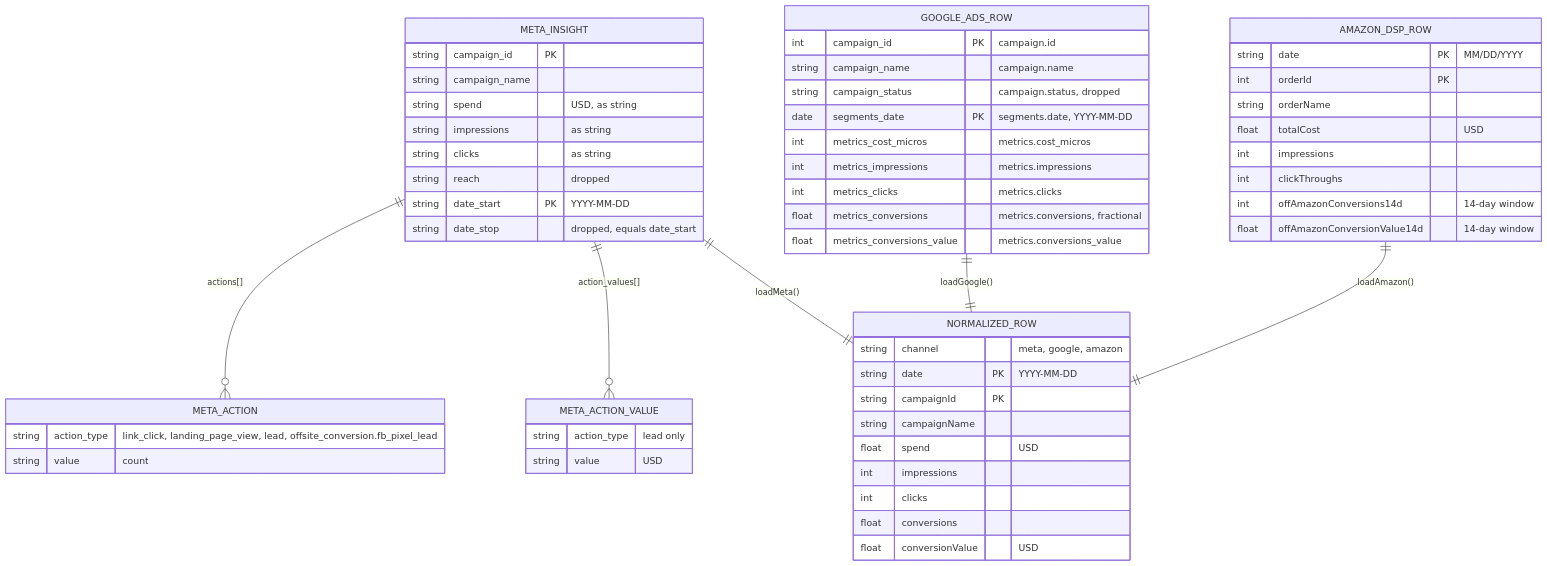
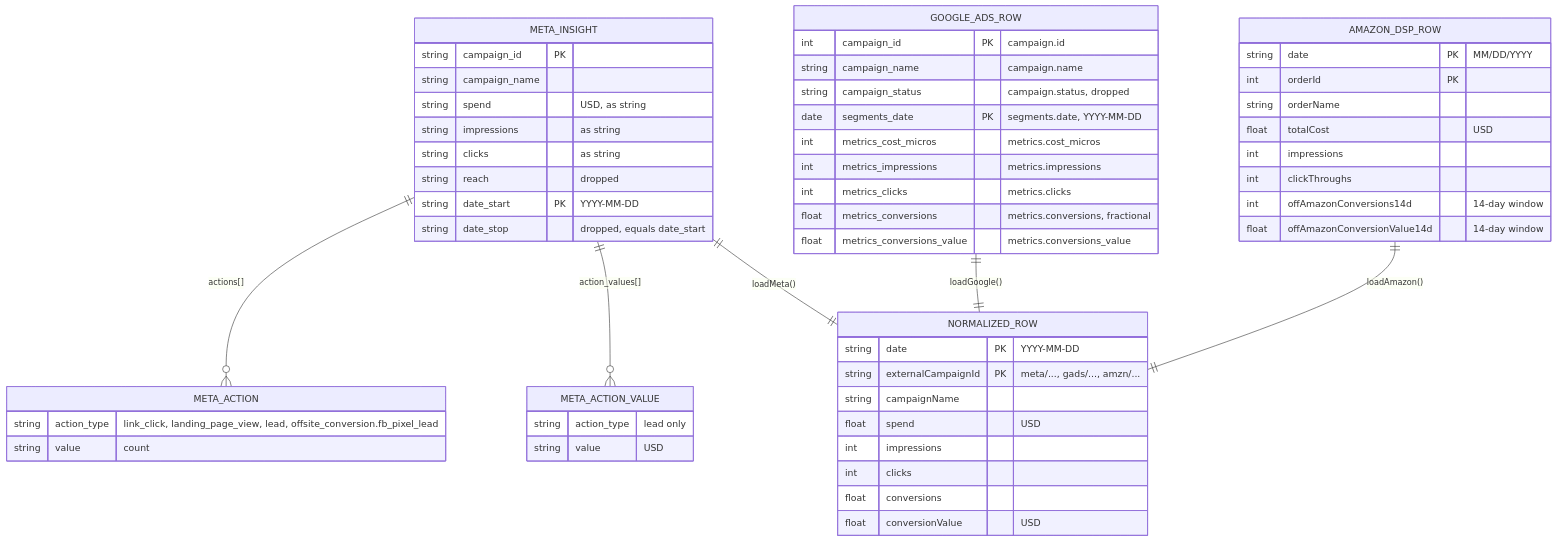
One commit to btmCustom/ADBOX-Dashboard-Product-Engineer-exercise changed the first of 4 diagrams in docs/data-model.md. Above: the diagram before and after it, drawn with Mermaid. The commit also changed other lines of this file and 13 other files, not shown here.

Commit message:
Fold channel into externalCampaignId ({shortChannel}/{id}); regenerate diagrams

````diff
--- a/docs/data-model.md
+++ b/docs/data-model.md
@@ -10,59 +14,58 @@
 ```mermaid
 erDiagram
     META_INSIGHT ||--o{ META_ACTION : "actions[]"
     META_INSIGHT ||--o{ META_ACTION_VALUE : "action_values[]"
     META_INSIGHT ||--|| NORMALIZED_ROW : "loadMeta()"
     GOOGLE_ADS_ROW ||--|| NORMALIZED_ROW : "loadGoogle()"
     AMAZON_DSP_ROW ||--|| NORMALIZED_ROW : "loadAmazon()"
 
     META_INSIGHT {
         string campaign_id PK
         string campaign_name
         string spend "USD, as string"
         string impressions "as string"
         string clicks "as string"
         string reach "dropped"
         string date_start PK "YYYY-MM-DD"
         string date_stop "dropped, equals date_start"
     }
     META_ACTION {
         string action_type "link_click, landing_page_view, lead, offsite_conversion.fb_pixel_lead"
         string value "count"
     }
     META_ACTION_VALUE {
         string action_type "lead only"
         string value "USD"
     }
     GOOGLE_ADS_ROW {
         int campaign_id PK "campaign.id"
         string campaign_name "campaign.name"
         string campaign_status "campaign.status, dropped"
         date segments_date PK "segments.date, YYYY-MM-DD"
         int metrics_cost_micros "metrics.cost_micros"
         int metrics_impressions "metrics.impressions"
         int metrics_clicks "metrics.clicks"
         float metrics_conversions "metrics.conversions, fractional"
         float metrics_conversions_value "metrics.conversions_value"
     }
     AMAZON_DSP_ROW {
         string date PK "MM/DD/YYYY"
         int orderId PK
         string orderName
         float totalCost "USD"
         int impressions
         int clickThroughs
         int offAmazonConversions14d "14-day window"
         float offAmazonConversionValue14d "14-day window"
     }
     NORMALIZED_ROW {
-        string channel "meta, google, amazon"
         string date PK "YYYY-MM-DD"
-        string campaignId PK
+        string externalCampaignId PK "meta/..., gads/..., amzn/..."
         string campaignName
         float spend "USD"
         int impressions
         int clicks
         float conversions
         float conversionValue "USD"
     }
 ```
````
